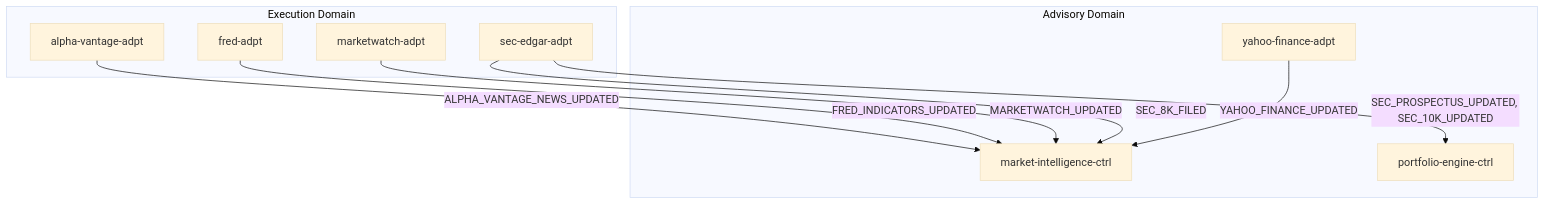
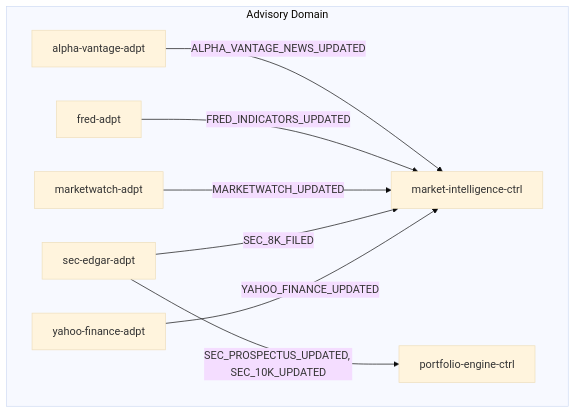
One commit to fabio-vitali/nestfolio changed the first of 2 diagrams in docs/data-flows/market-data-ingestion.md. Above: the diagram before and after it, drawn with Mermaid (base theme). The commit also changed other lines of this file and 25 other files, not shown here.

First line of the commit message:
docs(data-flows): sync flow specs to code + harden generator

````diff
--- a/docs/data-flows/market-data-ingestion.md
+++ b/docs/data-flows/market-data-ingestion.md
@@ -11,20 +11,18 @@
 ```mermaid
 flowchart TD
-    subgraph execution["Execution Domain"]
+    subgraph advisory["Advisory Domain"]
         alpha_vantage_adpt["alpha-vantage-adpt"]
         fred_adpt["fred-adpt"]
         marketwatch_adpt["marketwatch-adpt"]
         sec_edgar_adpt["sec-edgar-adpt"]
-    end
-    subgraph advisory["Advisory Domain"]
         yahoo_finance_adpt["yahoo-finance-adpt"]
         market_intelligence_ctrl["market-intelligence-ctrl"]
         portfolio_engine_ctrl["portfolio-engine-ctrl"]
     end
     alpha_vantage_adpt -->|"ALPHA_VANTAGE_NEWS_UPDATED"| market_intelligence_ctrl
     fred_adpt -->|"FRED_INDICATORS_UPDATED"| market_intelligence_ctrl
     marketwatch_adpt -->|"MARKETWATCH_UPDATED"| market_intelligence_ctrl
     sec_edgar_adpt -->|"SEC_8K_FILED"| market_intelligence_ctrl
     sec_edgar_adpt -->|"SEC_PROSPECTUS_UPDATED, SEC_10K_UPDATED"| portfolio_engine_ctrl
     yahoo_finance_adpt -->|"YAHOO_FINANCE_UPDATED"| market_intelligence_ctrl
 ```
````
